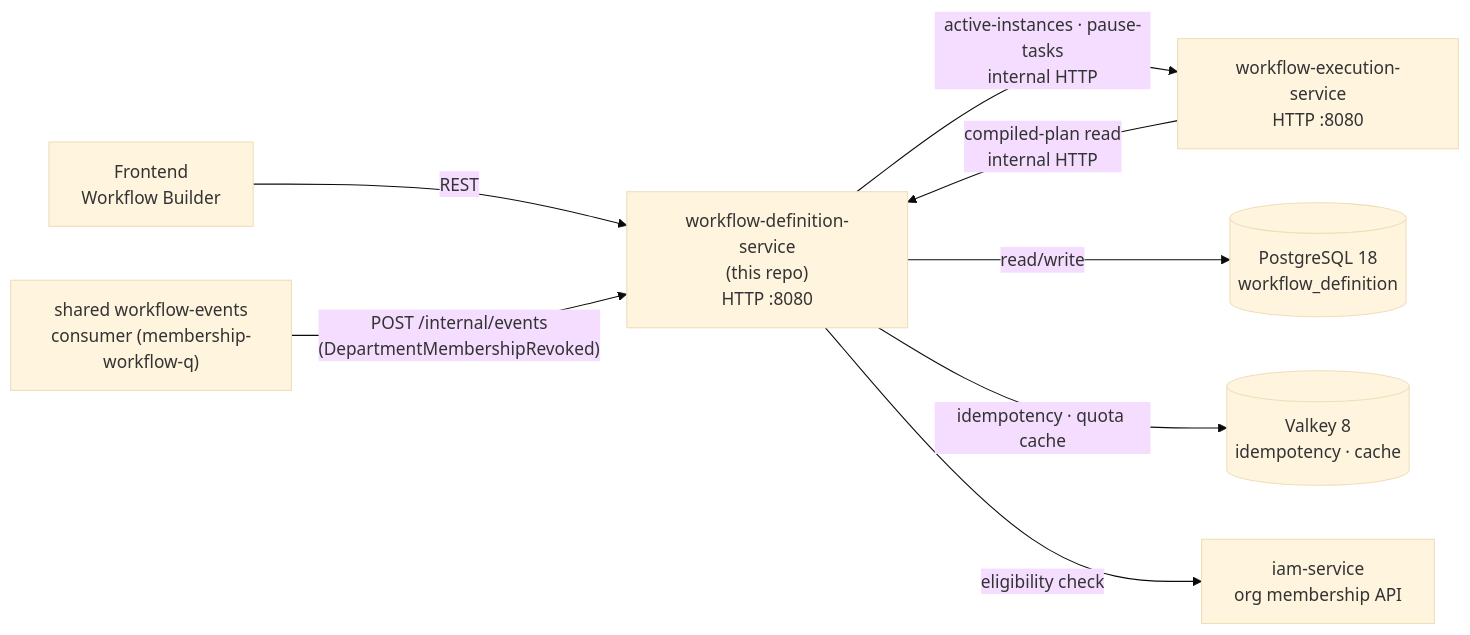
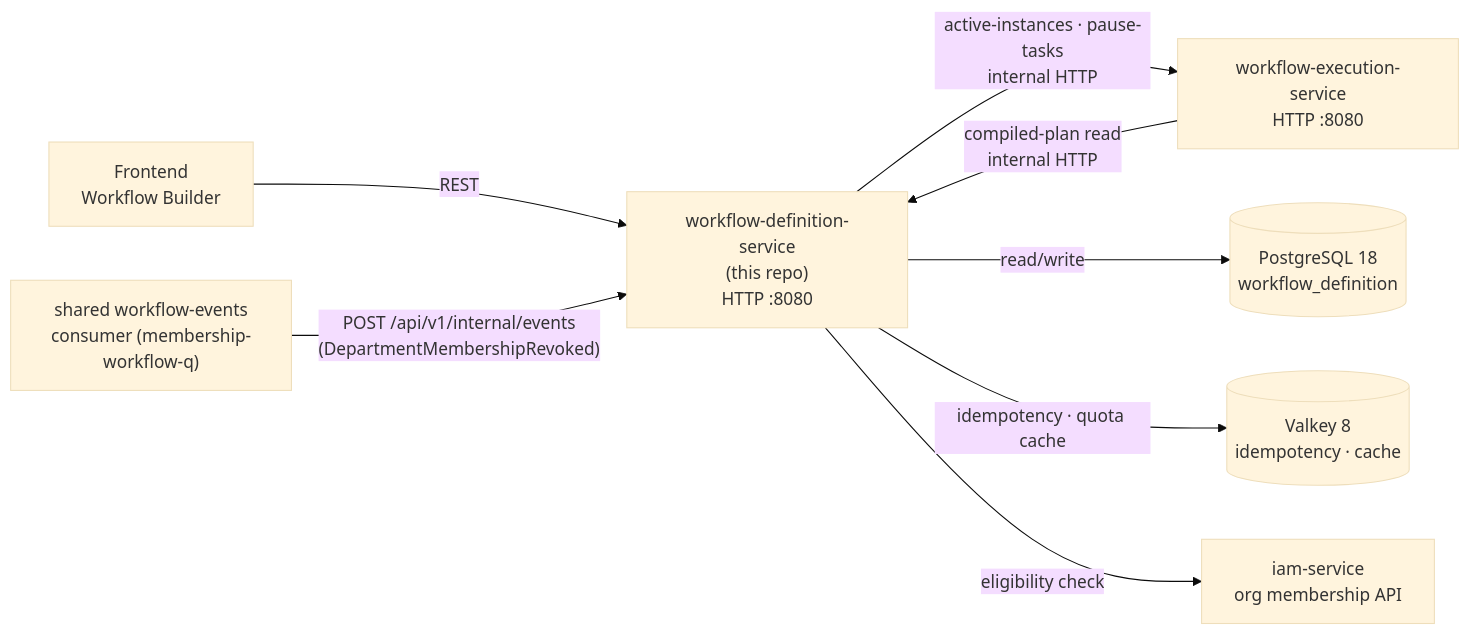
The first of 11 diagrams in ARCHITECTURE.md (BCBP-SOLUTIONS-FZC-LLC/workflow-definition-service), drawn with Mermaid (base theme) before and after one commit. The commit also changed other lines of this file and 11 other files, not shown here.

````diff
--- a/ARCHITECTURE.md
+++ b/ARCHITECTURE.md
@@ -15,18 +15,18 @@
 ```mermaid
 flowchart LR
     FE["Frontend\nWorkflow Builder"]
     DEF["workflow-definition-service\n(this repo)\nHTTP :8080"]
     EXEC["workflow-execution-service\nHTTP :8080"]
     DB[("PostgreSQL 18\nworkflow_definition")]
     CACHE[("Valkey 8\nidempotency · cache")]
     CONSUMER["shared workflow-events\nconsumer (membership-workflow-q)"]
     IAM["iam-service\norg membership API"]
 
     FE -->|"REST"| DEF
     EXEC -->|"compiled-plan read\ninternal HTTP"| DEF
     DEF -->|"active-instances · pause-tasks\ninternal HTTP"| EXEC
     DEF -->|"read/write"| DB
     DEF -->|"idempotency · quota cache"| CACHE
-    CONSUMER -->|"POST /internal/events\n(DepartmentMembershipRevoked)"| DEF
+    CONSUMER -->|"POST /api/v1/internal/events\n(DepartmentMembershipRevoked)"| DEF
     DEF -->|"eligibility check"| IAM
 ```
````
